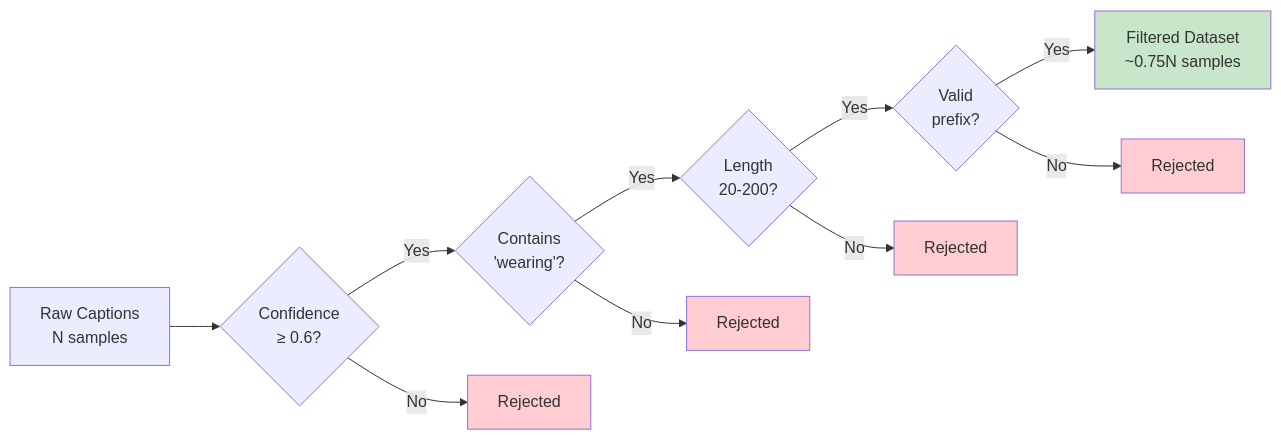
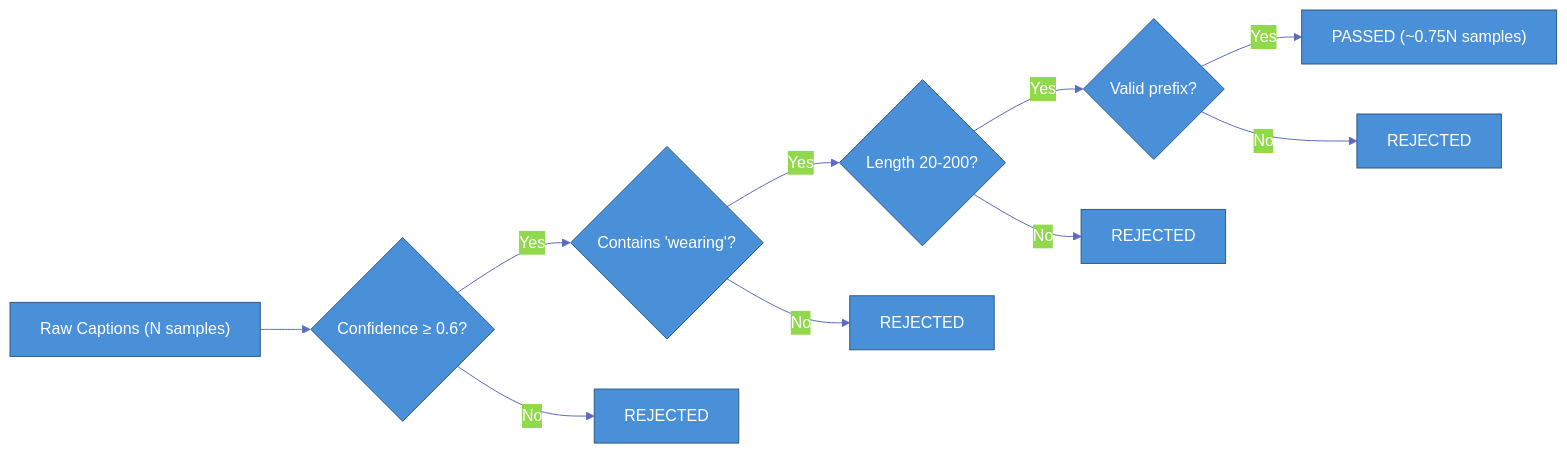
The fifth of 11 diagrams in README.md (rishi02102017/Metafusion-Task), drawn with Mermaid before and after one commit. The commit also changed other lines of this file, not shown here.

Commit message:
Fix Mermaid diagram visibility - remove problematic fill colors and add base theme

````diff
--- a/README.md
+++ b/README.md
@@ -285,18 +277,13 @@
 ```mermaid
+%%{init: {'theme': 'base', 'themeVariables': { 'primaryColor': '#4a90d9', 'primaryTextColor': '#fff', 'primaryBorderColor': '#2d5986', 'lineColor': '#5c6bc0'}}}%%
 flowchart LR
-    RAW[Raw Captions<br/>N samples] --> C1{Confidence<br/>≥ 0.6?}
-    C1 -->|Yes| C2{Contains<br/>'wearing'?}
-    C1 -->|No| REJ1[Rejected]
-    C2 -->|Yes| C3{Length<br/>20-200?}
-    C2 -->|No| REJ2[Rejected]
-    C3 -->|Yes| C4{Valid<br/>prefix?}
-    C3 -->|No| REJ3[Rejected]
-    C4 -->|Yes| PASS[Filtered Dataset<br/>~0.75N samples]
-    C4 -->|No| REJ4[Rejected]
-
-    style PASS fill:#c8e6c9
-    style REJ1 fill:#ffcdd2
-    style REJ2 fill:#ffcdd2
-    style REJ3 fill:#ffcdd2
-    style REJ4 fill:#ffcdd2
+    RAW["Raw Captions (N samples)"] --> C1{"Confidence ≥ 0.6?"}
+    C1 -->|Yes| C2{"Contains 'wearing'?"}
+    C1 -->|No| REJ1["REJECTED"]
+    C2 -->|Yes| C3{"Length 20-200?"}
+    C2 -->|No| REJ2["REJECTED"]
+    C3 -->|Yes| C4{"Valid prefix?"}
+    C3 -->|No| REJ3["REJECTED"]
+    C4 -->|Yes| PASS["PASSED (~0.75N samples)"]
+    C4 -->|No| REJ4["REJECTED"]
 ```
````
